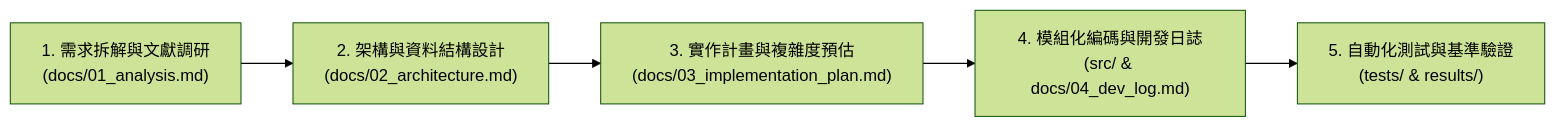
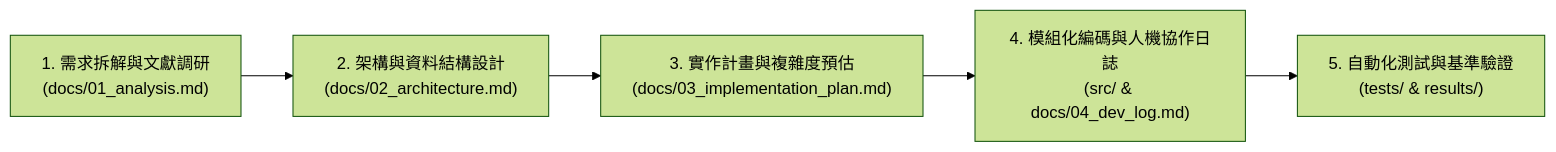
One commit to ZengZiEn/UCCapital-Assessment-2026 changed the first of 2 diagrams in docs_and_tools/PROJECT_ARCHITECTURE.md. Above: the diagram before and after it, drawn with Mermaid (forest theme). The commit also changed other lines of this file and 14 other files, not shown here.

Commit message:
docs: document Human-in-the-Loop AI Agent collaboration workflow, dialogue timeline, and update PDF reports

````diff
--- a/docs_and_tools/PROJECT_ARCHITECTURE.md
+++ b/docs_and_tools/PROJECT_ARCHITECTURE.md
@@ -11,7 +11,7 @@
 ```mermaid
 flowchart LR
     S1["1. 需求拆解與文獻調研\n(docs/01_analysis.md)"] --> S2["2. 架構與資料結構設計\n(docs/02_architecture.md)"]
     S2 --> S3["3. 實作計畫與複雜度預估\n(docs/03_implementation_plan.md)"]
-    S3 --> S4["4. 模組化編碼與開發日誌\n(src/ & docs/04_dev_log.md)"]
+    S3 --> S4["4. 模組化編碼與人機協作日誌\n(src/ & docs/04_dev_log.md)"]
     S4 --> S5["5. 自動化測試與基準驗證\n(tests/ & results/)"]
 ```
````
